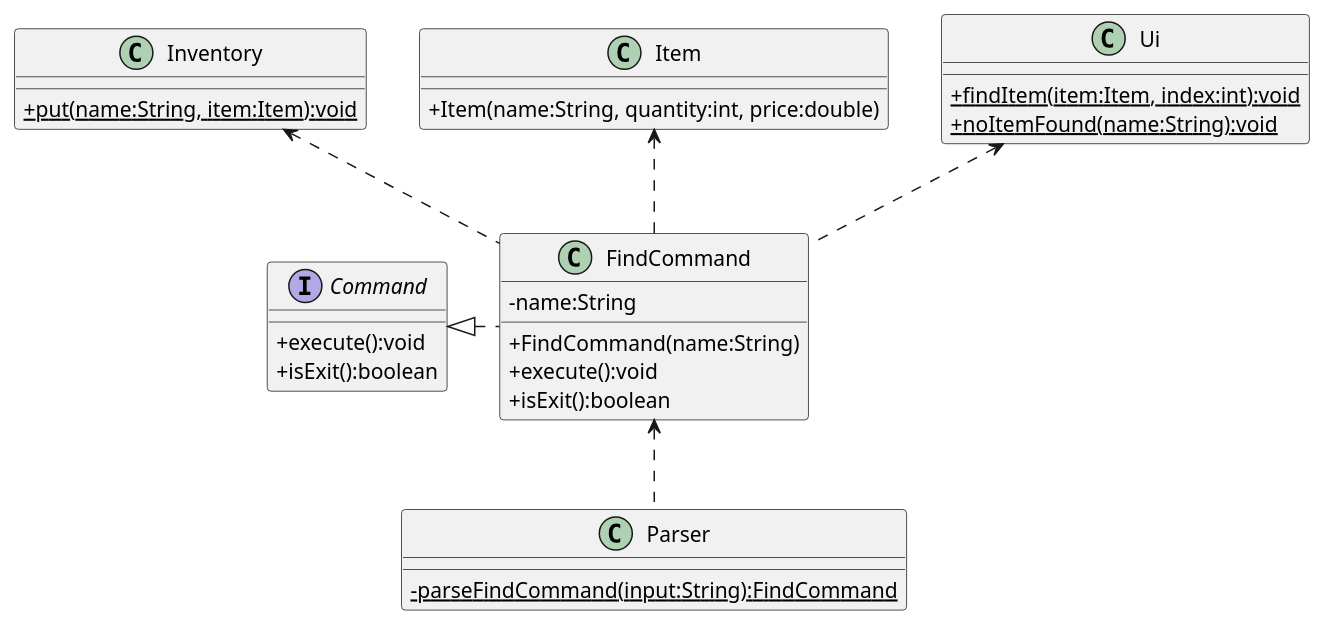
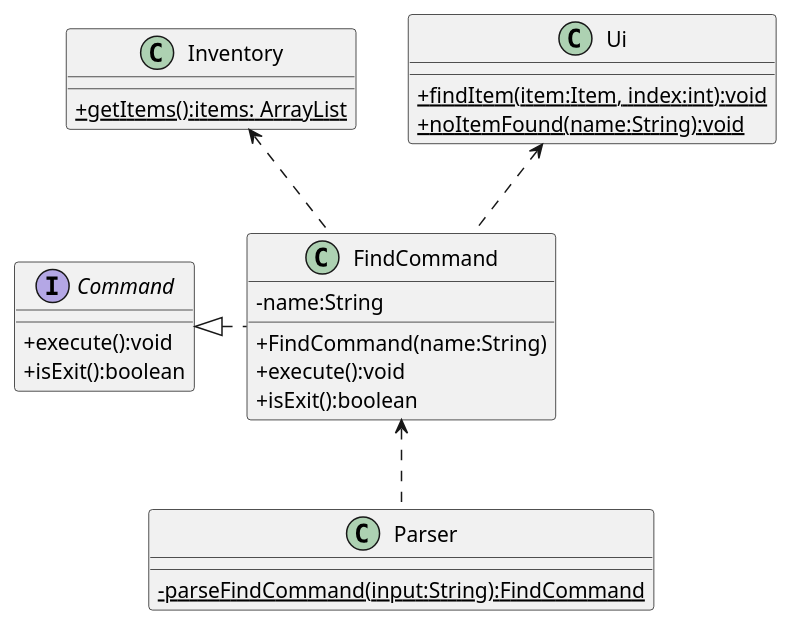
The first of 2 diagrams in docs/uml-diagrams/FindCommand.puml (nus-cs2113-AY2324S2/tp), drawn with PlantUML before and after one commit. The commit also changed other lines of this file and 3 other files, not shown here.

Commit message:
Update DG with FindCommand

```diff
--- a/docs/uml-diagrams/FindCommand.puml
+++ b/docs/uml-diagrams/FindCommand.puml
@@ -1,46 +1,40 @@
 @startuml
 'https://plantuml.com/sequence-diagram
 skinparam classAttributeIconSize 0
 
 abstract class Command
 class Inventory
-class Item
 class FindCommand
 class Parser
 class Ui
 
 Command <|. FindCommand
 Inventory <.. FindCommand
-Item <.. FindCommand
 Ui <.. FindCommand
 FindCommand <.. Parser
 
 interface Command {
     +execute():void
     +isExit():boolean
 }
 
 class FindCommand {
     -name:String
     +FindCommand(name:String)
     +execute():void
     +isExit():boolean
 }
 
-class Item {
-    +Item(name:String, quantity:int, price:double)
-}
-
 class Inventory {
-    {static}+put(name:String, item:Item):void
+    {static}+getItems():items: ArrayList
 }
 
 class Ui {
     {static}+findItem(item:Item, index:int):void
     {static}+noItemFound(name:String):void
 }
 
 class Parser {
     {static}-parseFindCommand(input:String):FindCommand
 }
 @enduml
```
